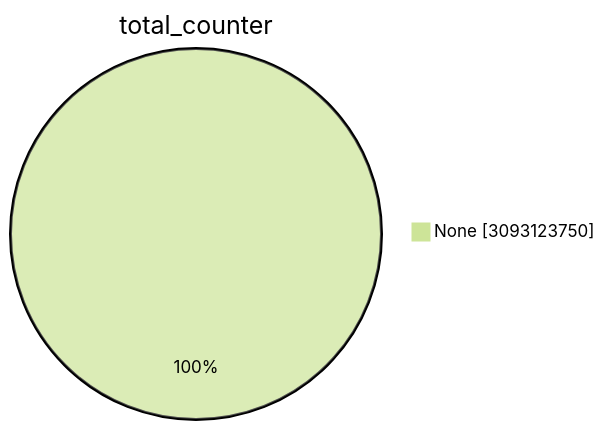
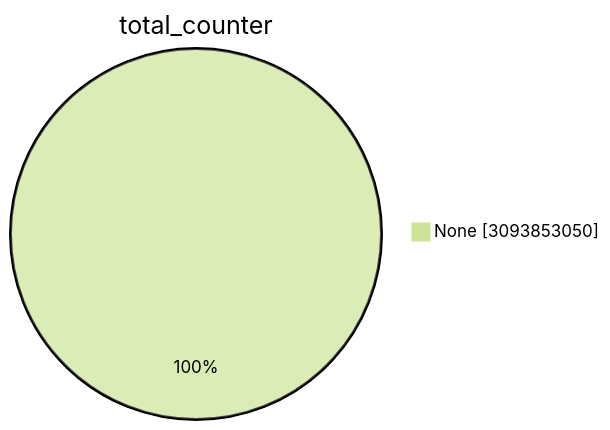
Before and after one commit to christiankrug/ctmonitor_visualization: the first of 15 diagrams in TOTAL/README.md, drawn with Mermaid (forest theme). The commit also changed other lines of this file, not shown here.

````diff
--- a/TOTAL/README.md
+++ b/TOTAL/README.md
@@ -1,5 +1,5 @@
 ```mermaid
 pie showData
 title total_counter
-"None" :3093123750
+"None" :3093853050
 ```
````
